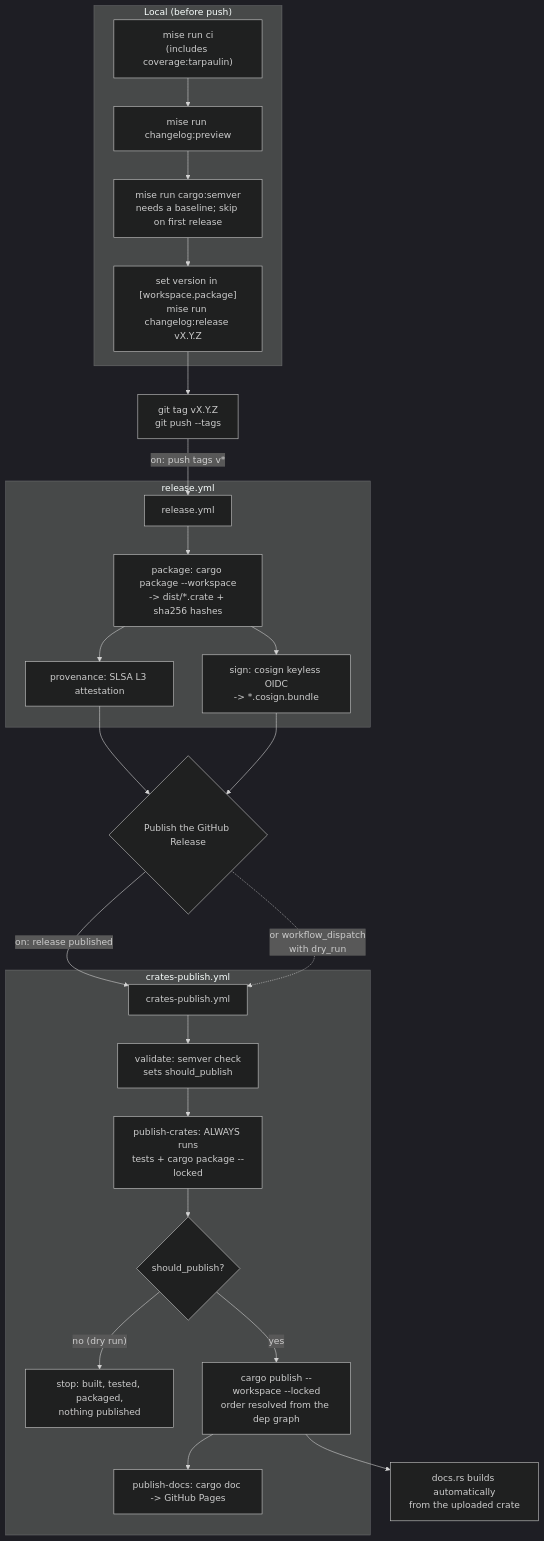
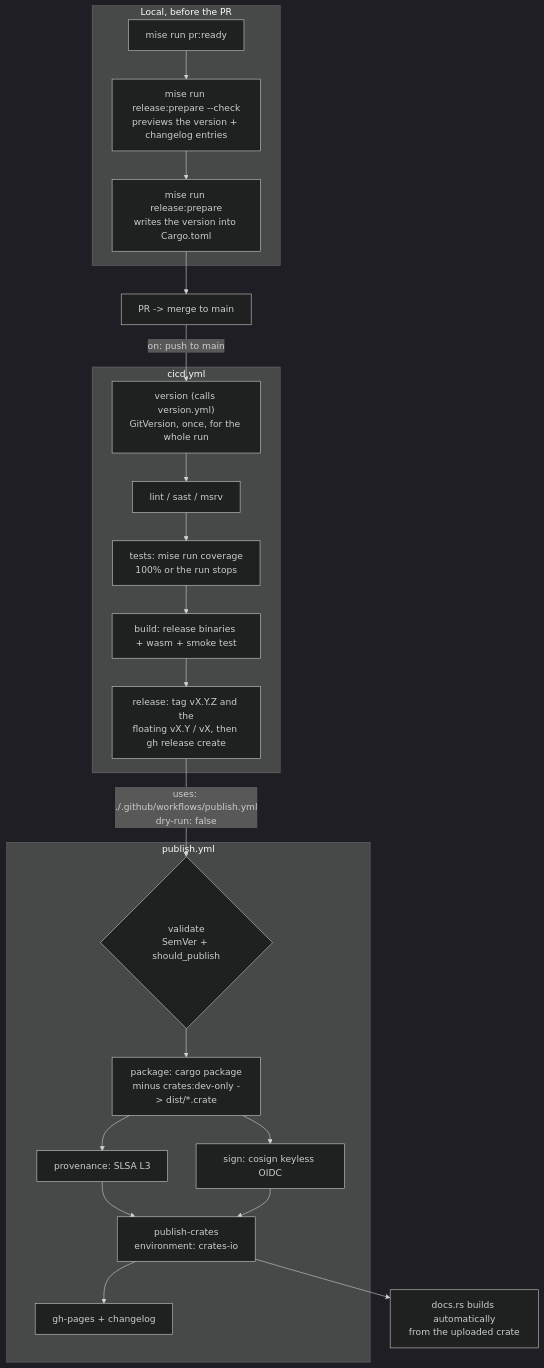
Before and after one commit to elioseverojunior/ignorefile: the diagram in docs/RUNBOOK.md, drawn with Mermaid (dark theme). The commit also changed other lines of this file and 5 other files, not shown here.

````diff
--- a/docs/RUNBOOK.md
+++ b/docs/RUNBOOK.md
@@ -108,34 +112,31 @@
 ```mermaid
 flowchart TD
-    subgraph local["Local (before push)"]
-        A["mise run ci<br/>(includes coverage:tarpaulin)"] --> B["mise run changelog:preview"]
-        B --> C["mise run cargo:semver<br/>needs a baseline; skip on first release"]
-        C --> D["set version in [workspace.package]<br/>mise run changelog:release vX.Y.Z"]
+    subgraph local["Local, before the PR"]
+        A["mise run pr:ready"] --> B["mise run release:prepare --check<br/>previews the version + changelog entries"]
+        B --> C["mise run release:prepare<br/>writes the version into Cargo.toml"]
     end
 
-    D --> E["git tag vX.Y.Z<br/>git push --tags"]
+    C --> D["PR -> merge to main"]
 
-    E -->|"on: push tags v*"| F["release.yml"]
-    subgraph rel["release.yml"]
-        F --> F1["package: cargo package --workspace<br/>-> dist/*.crate + sha256 hashes"]
-        F1 --> F2["provenance: SLSA L3 attestation"]
-        F1 --> F3["sign: cosign keyless OIDC<br/>-> *.cosign.bundle"]
+    D -->|"on: push to main"| E1
+
+    subgraph ci["cicd.yml"]
+        E1["version (calls version.yml)<br/>GitVersion, once, for the whole run"] --> E2["lint / sast / msrv"]
+        E2 --> E3["tests: mise run coverage<br/>100% or the run stops"]
+        E3 --> E4["build: release binaries + wasm + smoke test"]
+        E4 --> E5["release: tag vX.Y.Z and the<br/>floating vX.Y / vX, then gh release create"]
     end
 
-    F2 --> G{"Publish the GitHub Release"}
-    F3 --> G
+    E5 -->|"uses: ./.github/workflows/publish.yml<br/>dry-run: false"| F1
 
-    G -->|"on: release published"| H["crates-publish.yml"]
-    G -.->|"or workflow_dispatch<br/>with dry_run"| H
-
-    subgraph pub["crates-publish.yml"]
-        H --> H1["validate: semver check<br/>sets should_publish"]
-        H1 --> H2["publish-crates: ALWAYS runs<br/>tests + cargo package --locked"]
-        H2 --> H3{"should_publish?"}
-        H3 -->|"no (dry run)"| H4["stop: built, tested, packaged,<br/>nothing published"]
-        H3 -->|"yes"| H5["cargo publish --workspace --locked<br/>order resolved from the dep graph"]
-        H5 --> H6["publish-docs: cargo doc -> GitHub Pages"]
+    subgraph pub["publish.yml"]
+        F1{"validate<br/>SemVer + should_publish"} --> F2["package: cargo package<br/>minus crates:dev-only -> dist/*.crate"]
+        F2 --> F3["provenance: SLSA L3"]
+        F2 --> F4["sign: cosign keyless OIDC"]
+        F3 --> F5["publish-crates<br/>environment: crates-io"]
+        F4 --> F5
+        F5 --> F6["gh-pages + changelog"]
     end
 
-    H5 --> I["docs.rs builds automatically<br/>from the uploaded crate"]
+    F5 --> G["docs.rs builds automatically<br/>from the uploaded crate"]
 ```
````
